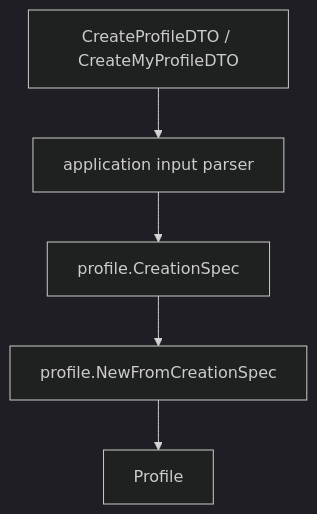
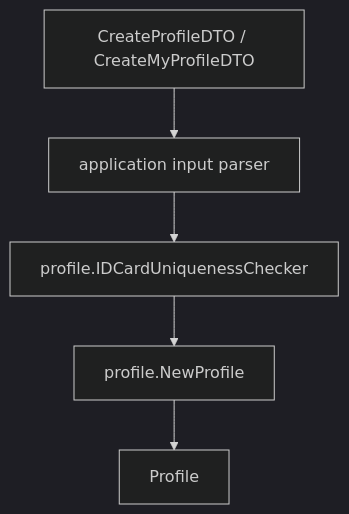
One commit to FangcunMount/iam changed the seventh of 12 diagrams in docs/04-身份Identity/01-User与Profile模型.md. Above: the diagram before and after it, drawn with Mermaid (dark theme). The commit also changed other lines of this file and 65 other files, not shown here.

````diff
--- a/docs/04-身份Identity/01-User与Profile模型.md
+++ b/docs/04-身份Identity/01-User与Profile模型.md
@@ -631,10 +597,10 @@
 ```mermaid
 flowchart TD
     DTO["CreateProfileDTO / CreateMyProfileDTO"]
     Parse["application input parser"]
-    Spec["profile.CreationSpec"]
-    Domain["profile.NewFromCreationSpec"]
+    IDCard["profile.IDCardUniquenessChecker"]
+    Domain["profile.NewProfile"]
     Profile["Profile"]
 
-    DTO --> Parse --> Spec --> Domain --> Profile
+    DTO --> Parse --> IDCard --> Domain --> Profile
 ```
````
